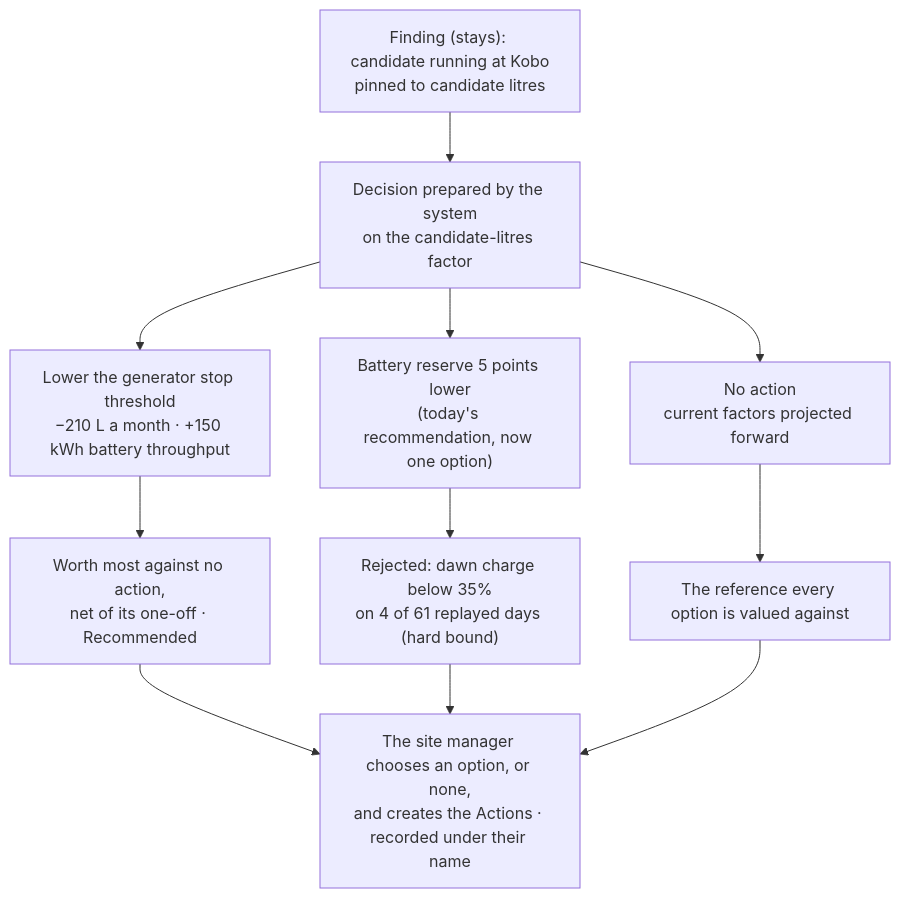
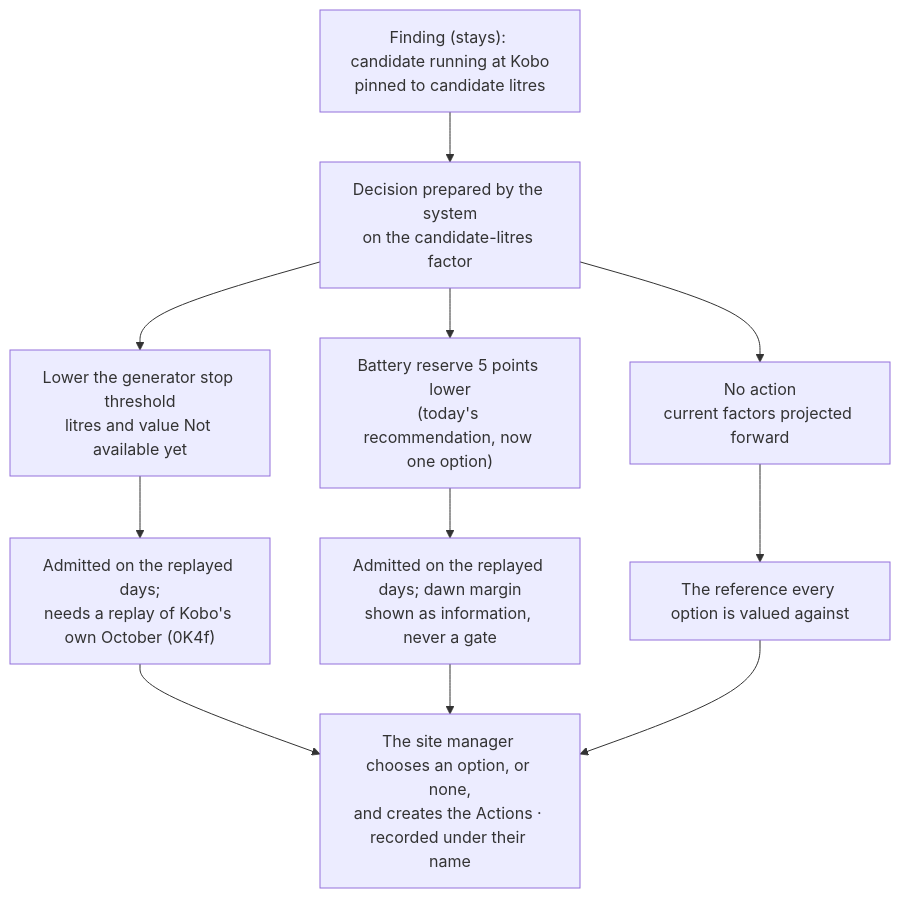
The seventh of 17 diagrams in Docs/demo-sprint/product-direction-layer4/layer4-transformation-design.md (bineyame/AssetOpsV1), drawn with Mermaid before and after one commit. The commit also changed other lines of this file and 7 other files, not shown here.

First line of the commit message:
0K4m 3: design, roadmap, phase plan, contracts, loop and delivery docs restated (spec §3)

````diff
--- a/Docs/demo-sprint/product-direction-layer4/layer4-transformation-design.md
+++ b/Docs/demo-sprint/product-direction-layer4/layer4-transformation-design.md
@@ -486,11 +486,11 @@
 ```mermaid
 flowchart TB
   F["Finding (stays): candidate running at Kobo<br/>pinned to candidate litres"] --> D["Decision prepared by the system<br/>on the candidate-litres factor"]
-  D --> O1["Lower the generator stop threshold<br/>−210 L a month · +150 kWh battery throughput"]
+  D --> O1["Lower the generator stop threshold<br/>litres and value Not available yet"]
   D --> O2["Battery reserve 5 points lower<br/>(today's recommendation, now one option)"]
   D --> O0["No action<br/>current factors projected forward"]
-  O1 --> V1["Worth most against no action,<br/>net of its one-off · Recommended"]
-  O2 --> V2["Rejected: dawn charge below 35%<br/>on 4 of 61 replayed days (hard bound)"]
+  O1 --> V1["Admitted on the replayed days;<br/>needs a replay of Kobo's own October (0K4f)"]
+  O2 --> V2["Admitted on the replayed days; dawn margin<br/>shown as information, never a gate"]
   O0 --> V0["The reference every option is valued against"]
   V1 & V2 & V0 --> P["The site manager chooses an option, or none,<br/>and creates the Actions · recorded under their name"]
 ```
````
